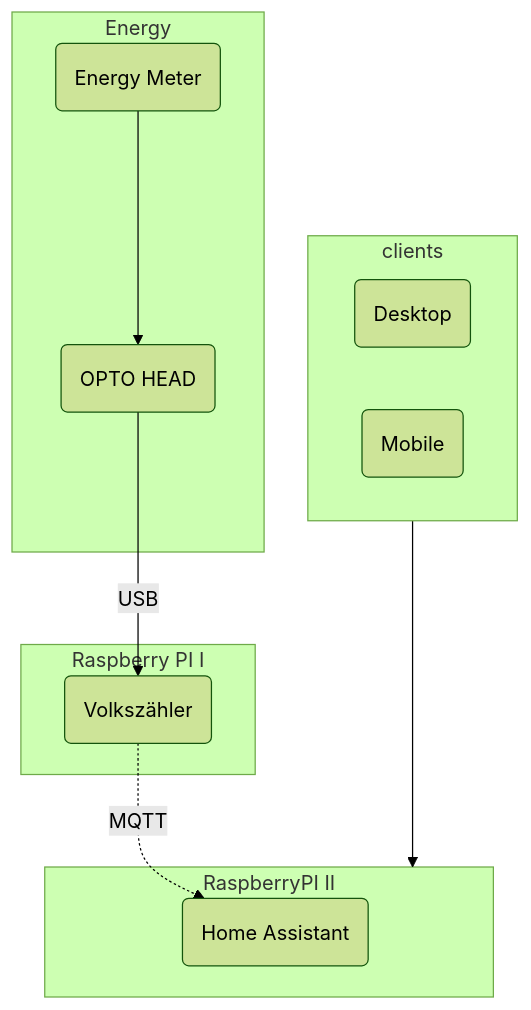
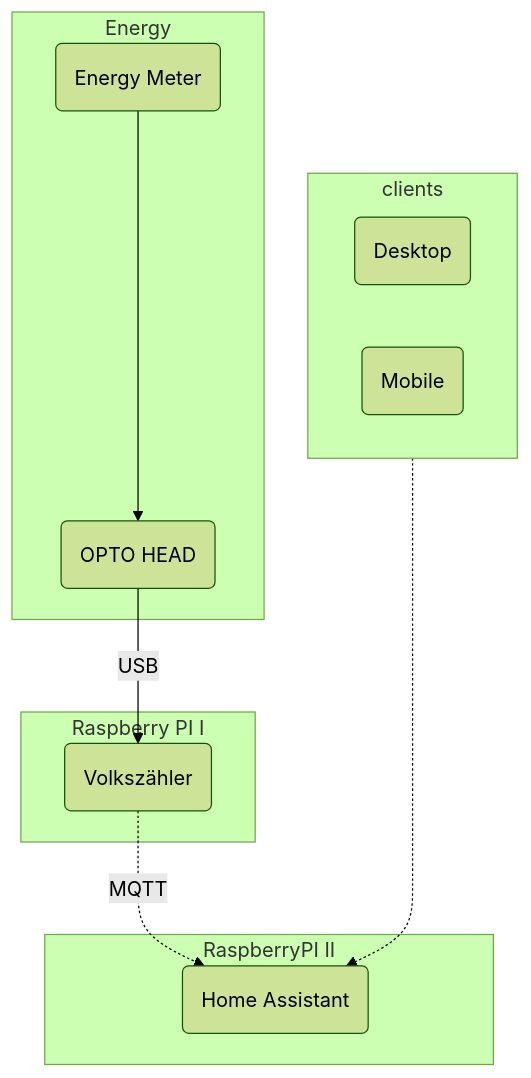
One commit to rangulvers/smart_meter_setup changed the diagram in README.md. Above: the diagram before and after it, drawn with Mermaid (forest theme).

````diff
--- a/README.md
+++ b/README.md
@@ -10,19 +10,19 @@
 ```mermaid
 
 flowchart TB
         subgraph Energy
         A(Energy Meter) ---> B(OPTO HEAD)        
         end
         subgraph sub1 [Raspberry PI I]
         B --USB--> C(Volkszähler)
         end
         subgraph sub2 [RaspberryPI II]
         C -.MQTT.-> D(Home Assistant)
         end
         subgraph clients
         E(Desktop)
         F(Mobile)
         end
-        clients ---> sub2
+        clients -...-> D(Home Assistant)
         
 ```
````
